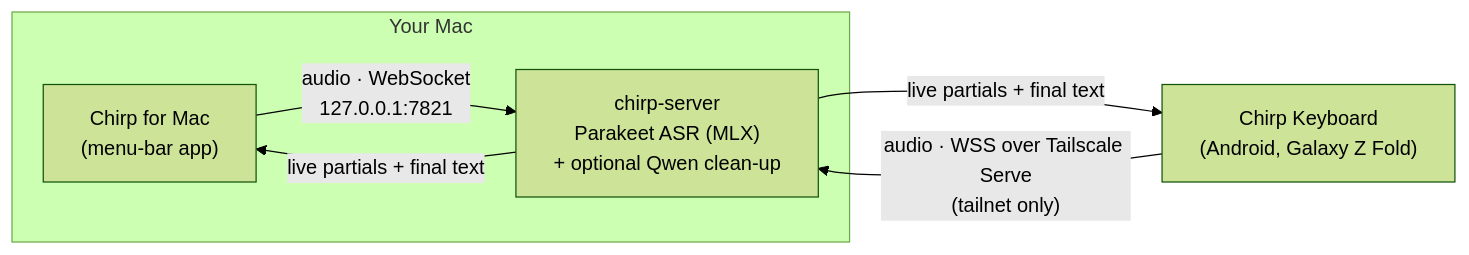
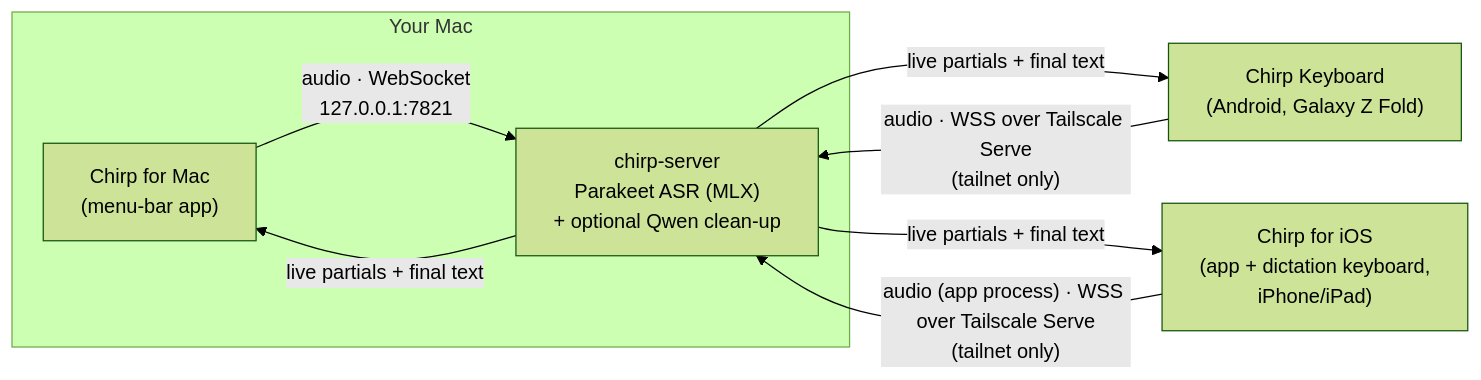
One commit to 0xlaveen/chirp changed the diagram in README.md. Above: the diagram before and after it, drawn with Mermaid (forest theme). The commit also changed other lines of this file and 3 other files, not shown here.

````diff
--- a/README.md
+++ b/README.md
@@ -39,12 +40,15 @@
 ```mermaid
 flowchart LR
     subgraph MAC["Your Mac"]
         APP["Chirp for Mac<br/>(menu-bar app)"]
         SRV["chirp-server<br/>Parakeet ASR (MLX)<br/>+ optional Qwen clean-up"]
     end
     KBD["Chirp Keyboard<br/>(Android, Galaxy Z Fold)"]
+    IOS["Chirp for iOS<br/>(app + dictation keyboard,<br/>iPhone/iPad)"]
     APP -- "audio · WebSocket<br/>127.0.0.1:7821" --> SRV
     SRV -- "live partials + final text" --> APP
     KBD -- "audio · WSS over Tailscale Serve<br/>(tailnet only)" --> SRV
     SRV -- "live partials + final text" --> KBD
+    IOS -- "audio (app process) · WSS over Tailscale Serve<br/>(tailnet only)" --> SRV
+    SRV -- "live partials + final text" --> IOS
 ```
````
